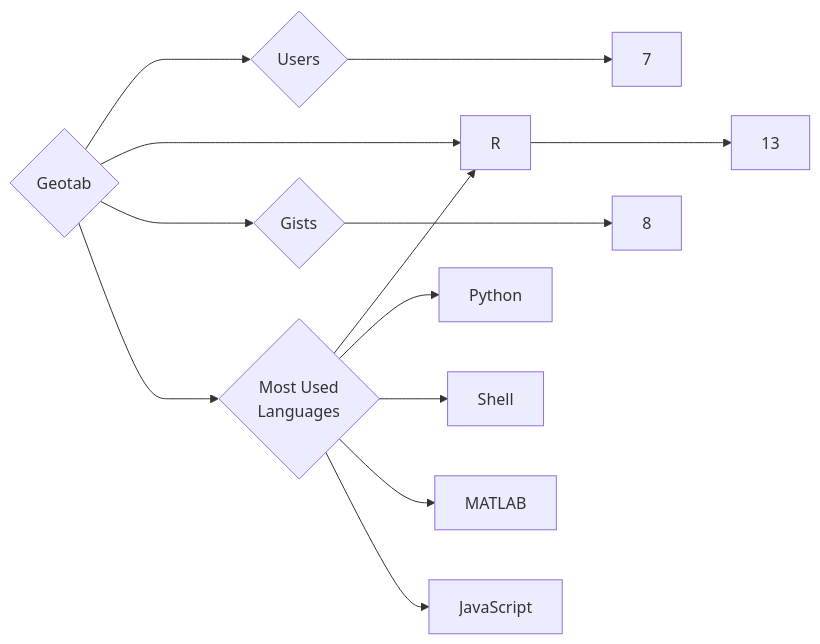
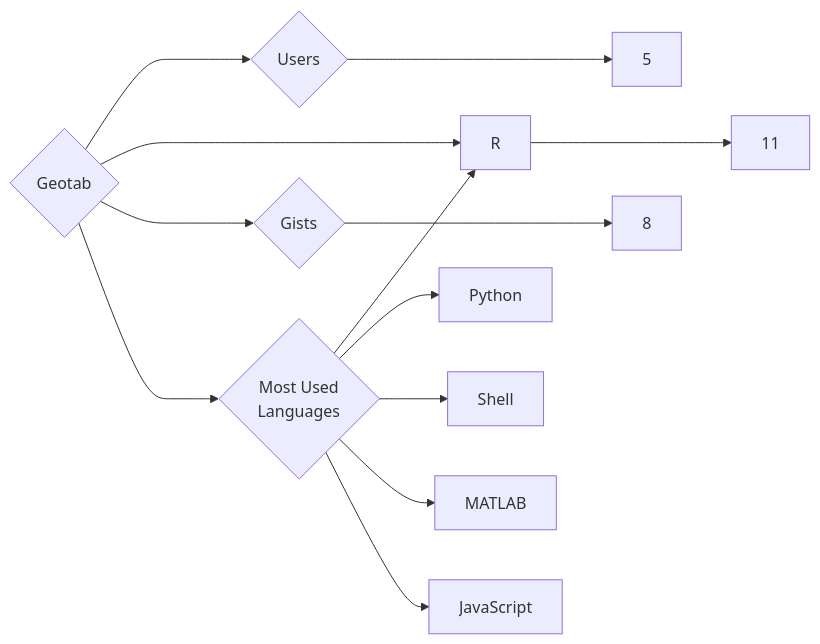
Before and after one commit to trickest/insiders: the diagram in targets/Geotab/README.md, drawn with Mermaid. The commit also changed 1020 other files, not shown here.

````diff
--- a/targets/Geotab/README.md
+++ b/targets/Geotab/README.md
@@ -3,13 +3,13 @@
 ```mermaid
 graph LR
 COMPANY_NAME{Geotab}
-COMPANY_NAME ---> U{Users} ---> UN[7]
-COMPANY_NAME ---> R{Repositories} ---> RN[13]
+COMPANY_NAME ---> U{Users} ---> UN[5]
+COMPANY_NAME ---> R{Repositories} ---> RN[11]
 COMPANY_NAME ---> G{Gists} ---> GN[8]
 COMPANY_NAME ---> ML{Most Used<br>Languages}
 ML --> R[R]
 ML --> Python[Python]
 ML --> Shell[Shell]
 ML --> MATLAB[MATLAB]
 ML --> JavaScript[JavaScript]
 ```
````
